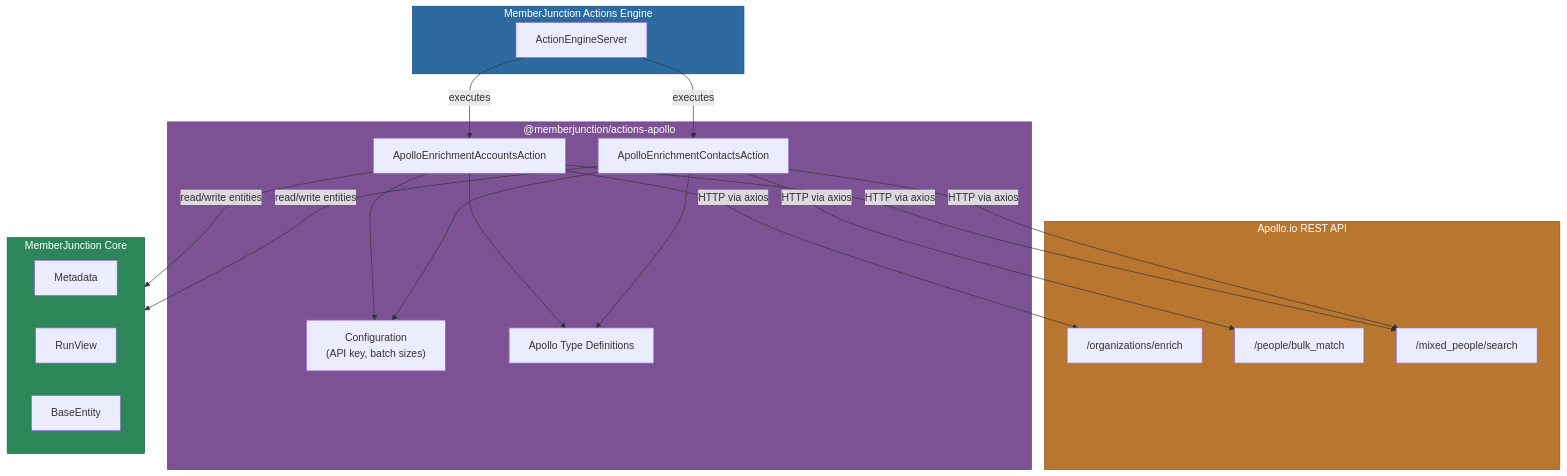
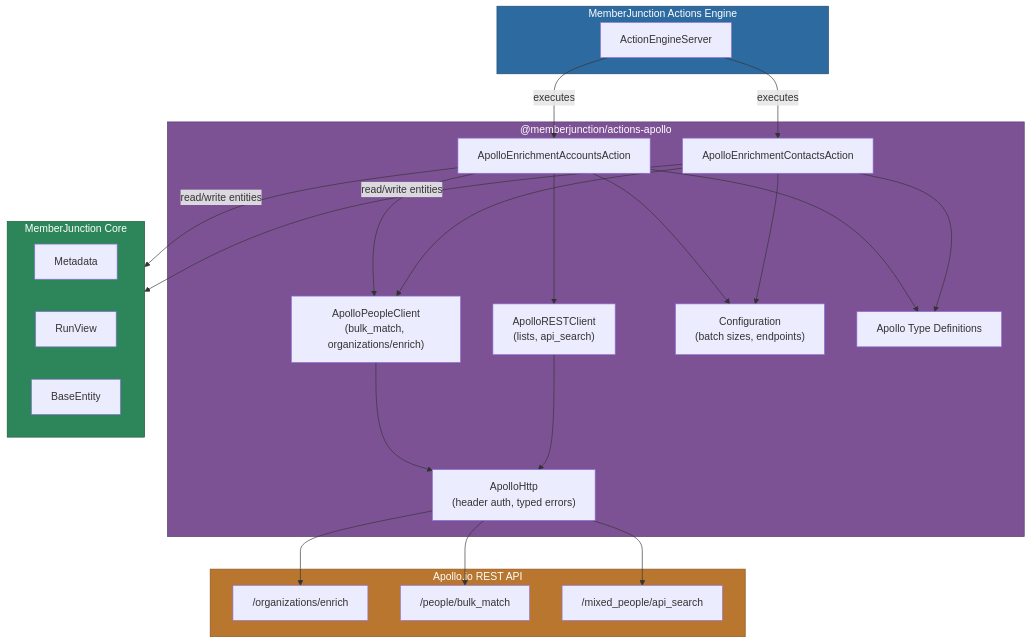
One commit to MemberJunction/MJ changed the first of 3 diagrams in packages/Actions/ApolloEnrichment/README.md. Above: the diagram before and after it, drawn with Mermaid. The commit also changed other lines of this file and 19 other files, not shown here.

````diff
--- a/packages/Actions/ApolloEnrichment/README.md
+++ b/packages/Actions/ApolloEnrichment/README.md
@@ -22,43 +22,50 @@
 ```mermaid
 flowchart TB
     subgraph Engine["MemberJunction Actions Engine"]
         AE["ActionEngineServer"]
     end
 
     subgraph Apollo["@memberjunction/actions-apollo"]
         AccAction["ApolloEnrichmentAccountsAction"]
         ConAction["ApolloEnrichmentContactsAction"]
-        Config["Configuration\n(API key, batch sizes)"]
+        PeopleClient["ApolloPeopleClient\n(bulk_match, organizations/enrich)"]
+        RESTClient["ApolloRESTClient\n(lists, api_search)"]
+        Http["ApolloHttp\n(header auth, typed errors)"]
+        Config["Configuration\n(batch sizes, endpoints)"]
         Types["Apollo Type Definitions"]
     end
 
     subgraph ApolloAPI["Apollo.io REST API"]
         OrgEnrich["/organizations/enrich"]
         BulkMatch["/people/bulk_match"]
-        PeopleSearch["/mixed_people/search"]
+        PeopleSearch["/mixed_people/api_search"]
     end
 
     subgraph MJCore["MemberJunction Core"]
         Meta["Metadata"]
         RV["RunView"]
         BE["BaseEntity"]
     end
 
     AE -->|executes| AccAction
     AE -->|executes| ConAction
     AccAction --> Config
     ConAction --> Config
     AccAction --> Types
     ConAction --> Types
-    AccAction -->|HTTP via axios| OrgEnrich
-    AccAction -->|HTTP via axios| PeopleSearch
-    ConAction -->|HTTP via axios| BulkMatch
-    ConAction -->|HTTP via axios| PeopleSearch
+    AccAction --> PeopleClient
+    AccAction --> RESTClient
+    ConAction --> PeopleClient
+    PeopleClient --> Http
+    RESTClient --> Http
+    Http --> OrgEnrich
+    Http --> BulkMatch
+    Http --> PeopleSearch
     AccAction -->|read/write entities| MJCore
     ConAction -->|read/write entities| MJCore
 
     style Engine fill:#2d6a9f,stroke:#1a4971,color:#fff
     style Apollo fill:#7c5295,stroke:#563a6b,color:#fff
     style ApolloAPI fill:#b8762f,stroke:#8a5722,color:#fff
     style MJCore fill:#2d8659,stroke:#1a5c3a,color:#fff
 ```
````
